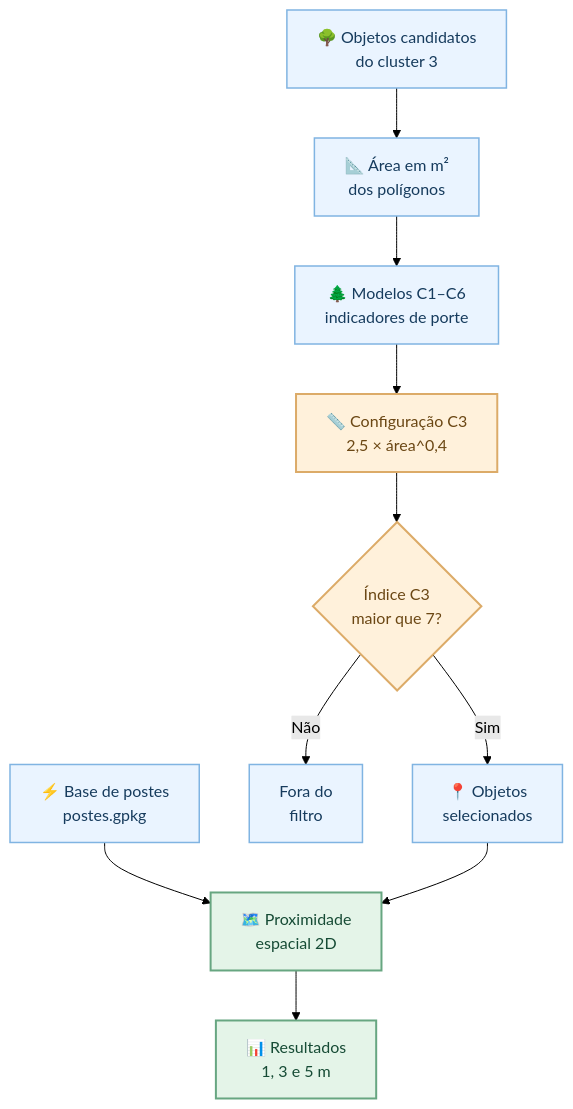
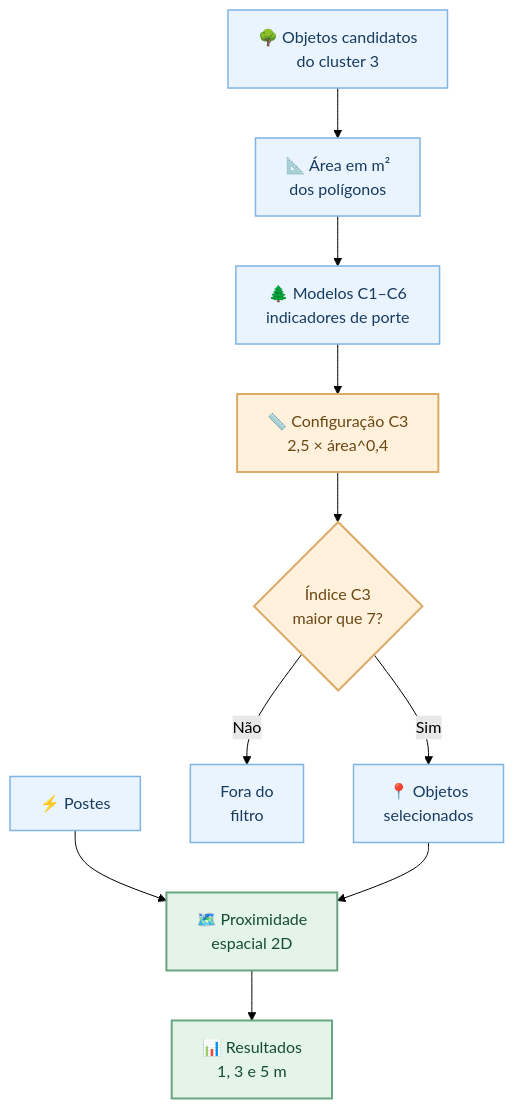
Before and after one commit to BrenoBragaGalvao/mestrado-arvores-urbanas: the second of 2 diagrams in README.md, drawn with Mermaid (forest theme). The commit also changed other lines of this file, not shown here.

Commit message:
docs(readme): encurtar caixa de postes no Mermaid da proposta 2 para evitar corte de texto

````diff
--- a/README.md
+++ b/README.md
@@ -121,19 +121,19 @@
 ```mermaid
 flowchart TD
     A["🌳 Objetos candidatos<br/>do cluster 3"] --> B["📐 Área em m²<br/>dos polígonos"]
     B --> C["🌲 Modelos C1–C6<br/>indicadores de porte"]
     C --> D["📏 Configuração C3<br/>2,5 × área^0,4"]
     D --> E{"Índice C3<br/>maior que 7?"}
     E -->|Sim| F["📍 Objetos<br/>selecionados"]
     E -->|Não| G["Fora do<br/>filtro"]
-    H["⚡ Base de postes<br/>postes.gpkg"] --> I["🗺️ Proximidade<br/>espacial 2D"]
+    H["⚡ Postes"] --> I["🗺️ Proximidade<br/>espacial 2D"]
     F --> I
     I --> J["📊 Resultados<br/>1, 3 e 5 m"]
 
     classDef dados fill:#eaf4ff,stroke:#80b4e2,color:#163b5d,stroke-width:1.5px;
     classDef metodo fill:#e4f4e8,stroke:#67a681,color:#164b35,stroke-width:2px;
     classDef alerta fill:#fff1db,stroke:#dcab68,color:#6b4714,stroke-width:2px;
     class A,B,C,F,G,H dados;
     class D,E alerta;
     class I,J metodo;
 ```
````
